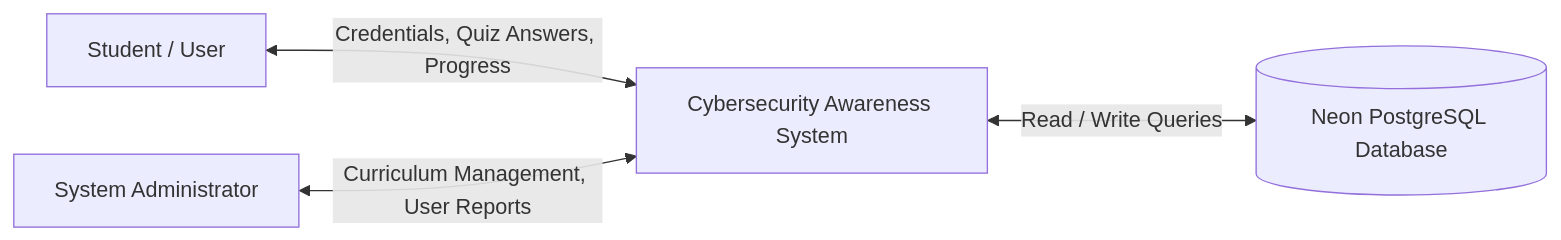
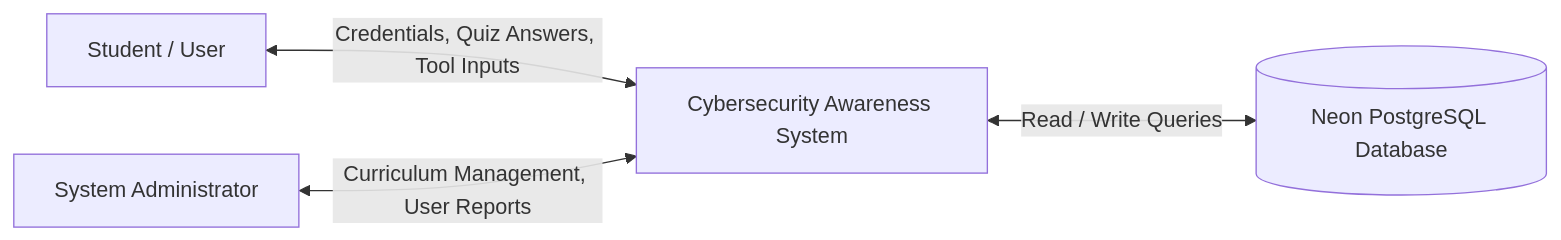
Before and after one commit to kaharrudra056-wq/cyber-aware: the third of 4 diagrams in PROJECT_REPORT.md, drawn with Mermaid. The commit also changed other lines of this file, not shown here.

````diff
--- a/PROJECT_REPORT.md
+++ b/PROJECT_REPORT.md
@@ -201,6 +210,6 @@
 ```mermaid
 flowchart LR
-    User["Student / User"] <-->|Credentials, Quiz Answers, Progress| System["Cybersecurity Awareness System"]
+    User["Student / User"] <-->|Credentials, Quiz Answers, Tool Inputs| System["Cybersecurity Awareness System"]
     Admin["System Administrator"] <-->|Curriculum Management, User Reports| System
     System <-->|Read / Write Queries| DB[("Neon PostgreSQL Database")]
 ```
````
